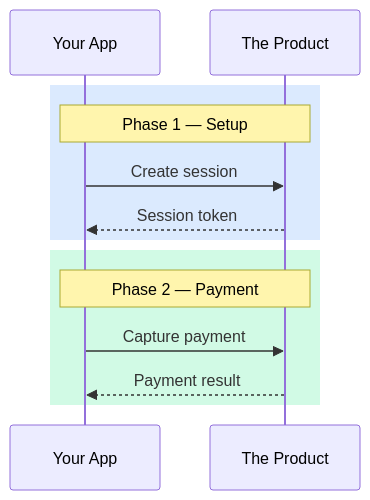
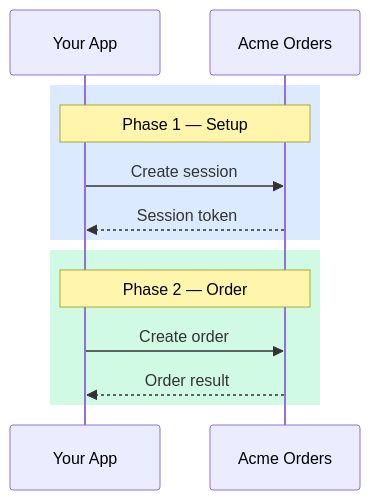
The second of 4 diagrams in pipelines/docs-pipeline/_knowledge/style-guides/diagrams/style-guide_diagrams.md (darthrootbeer/context-engineering-toolkit), drawn with Mermaid before and after one commit. The commit also changed other lines of this file and 66 other files, not shown here.

````diff
--- a/pipelines/docs-pipeline/_knowledge/style-guides/diagrams/style-guide_diagrams.md
+++ b/pipelines/docs-pipeline/_knowledge/style-guides/diagrams/style-guide_diagrams.md
@@ -57,17 +57,17 @@
 ```mermaid
 sequenceDiagram
     participant App as Your App
-    participant The Product
+    participant API as Acme Orders
 
     rect rgb(219, 234, 254)
-        Note over App, The Product: Phase 1 — Setup
-        App->>The Product: Create session
-        The Product-->>App: Session token
+        Note over App, API: Phase 1 — Setup
+        App->>API: Create session
+        API-->>App: Session token
     end
 
     rect rgb(209, 250, 229)
-        Note over App, The Product: Phase 2 — Payment
-        App->>The Product: Capture payment
-        The Product-->>App: Payment result
+        Note over App, API: Phase 2 — Order
+        App->>API: Create order
+        API-->>App: Order result
     end
 ```
````
